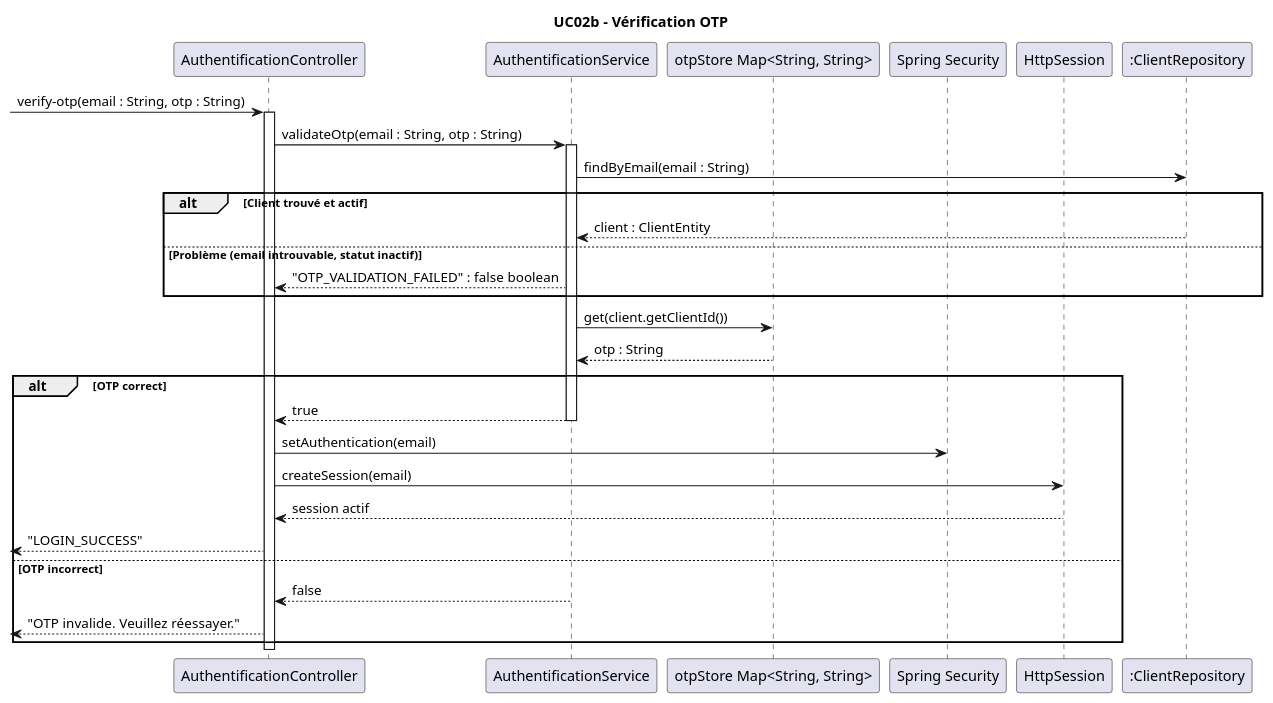
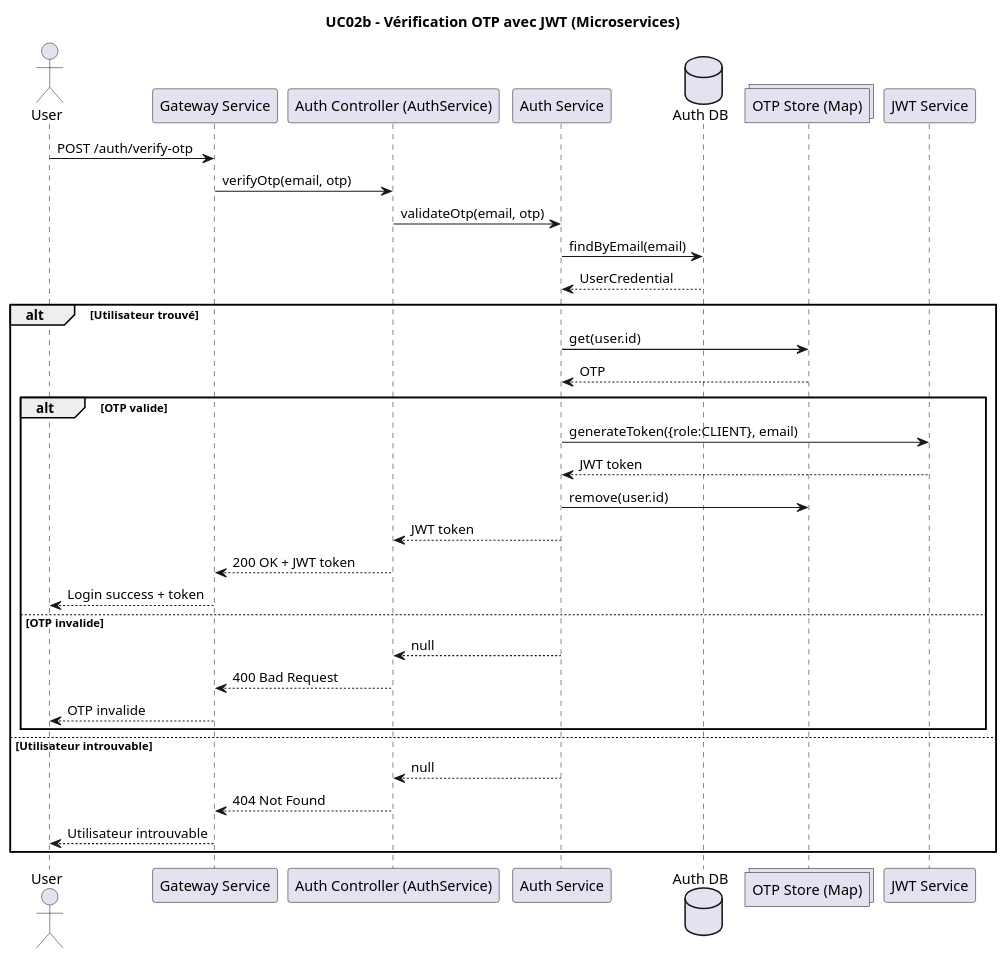
The diagram in docs/views/rdcu_uc02_verification_otp.puml (primika27/BrokerX-phase2-micorservices-), drawn with PlantUML before and after one commit. The commit also changed 47 other files, not shown here.

Commit message:
functional order matching+ diagrams added

```diff
--- a/docs/views/rdcu_uc02_verification_otp.puml
+++ b/docs/views/rdcu_uc02_verification_otp.puml
@@ -1,46 +1,42 @@
-@startuml uc02_verification_otp
-title UC02b - Vérification OTP
+@startuml uc02_verification_otp_jwt
+title UC02b - Vérification OTP avec JWT (Microservices)
 
+actor User
+participant "Gateway Service" as Gateway
+participant "Auth Controller (AuthService)" as Controller
+participant "Auth Service" as Service
+database "Auth DB" as AuthDB
+collections "OTP Store (Map)" as OtpStore
+participant "JWT Service" as JwtService
 
-participant "AuthentificationController" as Controller
-participant "AuthentificationService" as Service
-participant "otpStore Map<String, String>" as OtpStore
-participant "Spring Security" as Security
-participant "HttpSession" as Session
-participant ":ClientRepository" as Repository
+User -> Gateway : POST /auth/verify-otp
+Gateway -> Controller : verifyOtp(email, otp)
+Controller -> Service : validateOtp(email, otp)
+Service -> AuthDB : findByEmail(email)
+AuthDB --> Service : UserCredential
 
--> Controller : verify-otp(email : String, otp : String)
-activate Controller
+alt Utilisateur trouvé
+    Service -> OtpStore : get(user.id)
+    OtpStore --> Service : OTP
 
-Controller -> Service : validateOtp(email : String, otp : String)
-activate Service
-Service -> Repository : findByEmail(email : String)
+    alt OTP valide
+        Service -> JwtService : generateToken({role:CLIENT}, email)
+        JwtService --> Service : JWT token
+        Service -> OtpStore : remove(user.id)
+        Service --> Controller : JWT token
+        Controller --> Gateway : 200 OK + JWT token
+        Gateway --> User : Login success + token
 
-alt Client trouvé et actif
-Repository --> Service : client : ClientEntity
+    else OTP invalide
+        Service --> Controller : null
+        Controller --> Gateway : 400 Bad Request
+        Gateway --> User : OTP invalide
+    end
 
-else Problème (email introuvable, statut inactif)
-Service --> Controller : "OTP_VALIDATION_FAILED" : false boolean
-
+else Utilisateur introuvable
+    Service --> Controller : null
+    Controller --> Gateway : 404 Not Found
+    Gateway --> User : Utilisateur introuvable
 end
 
-Service -> OtpStore : get(client.getClientId())
-OtpStore --> Service : otp : String
-
-alt OTP correct
-    Service --> Controller : true
-    deactivate Service
-
-    Controller -> Security : setAuthentication(email)
-    Controller -> Session : createSession(email)
-    Session --> Controller : session actif  
-
-    <-- Controller : "LOGIN_SUCCESS"
-else OTP incorrect
-    Service --> Controller : false
-    deactivate Service
-    <--Controller : "OTP invalide. Veuillez réessayer."
-end
-
-deactivate Controller
 @enduml
```
